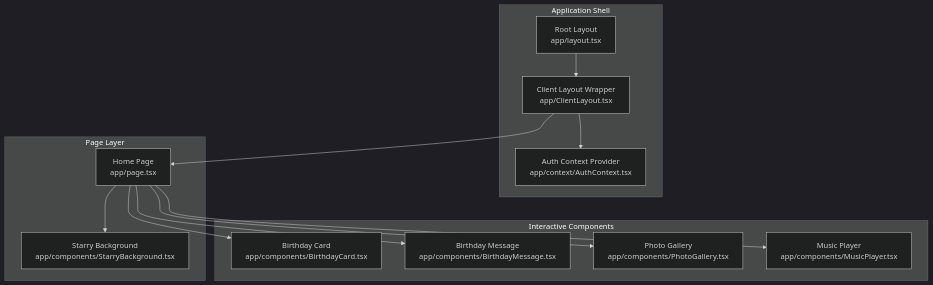
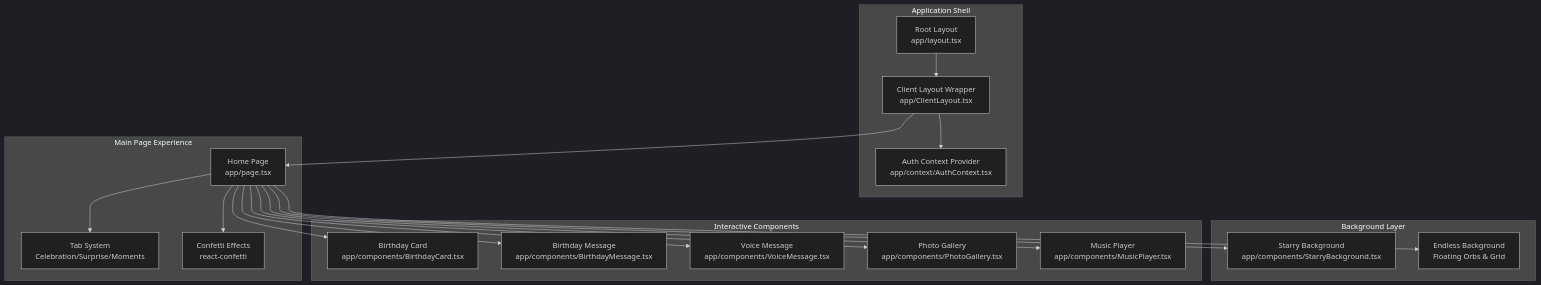
One commit to alifsurya2710/Selamat-Ulang-Tahun changed the first of 9 diagrams in .qoder/repowiki/en/content/Birthday Experience Components.md. Above: the diagram before and after it, drawn with Mermaid (dark theme). The commit also changed other lines of this file and 31 other files, not shown here.

````diff
--- a/.qoder/repowiki/en/content/Birthday Experience Components.md
+++ b/.qoder/repowiki/en/content/Birthday Experience Components.md
@@ -43,26 +57,36 @@
 ```mermaid
 graph TB
 subgraph "Application Shell"
 LAYOUT["Root Layout<br/>app/layout.tsx"]
 CLIENT_LAYOUT["Client Layout Wrapper<br/>app/ClientLayout.tsx"]
 AUTH["Auth Context Provider<br/>app/context/AuthContext.tsx"]
 end
-subgraph "Page Layer"
+subgraph "Main Page Experience"
 PAGE["Home Page<br/>app/page.tsx"]
+TAB["Tab System<br/>Celebration/Surprise/Moments"]
+CONFETTI["Confetti Effects<br/>react-confetti"]
+end
+subgraph "Background Layer"
 STAR_BG["Starry Background<br/>app/components/StarryBackground.tsx"]
+ENDLESS_BG["Endless Background<br/>Floating Orbs & Grid"]
 end
 subgraph "Interactive Components"
 CARD["Birthday Card<br/>app/components/BirthdayCard.tsx"]
 MSG["Birthday Message<br/>app/components/BirthdayMessage.tsx"]
+VOICE["Voice Message<br/>app/components/VoiceMessage.tsx"]
 PHOTO["Photo Gallery<br/>app/components/PhotoGallery.tsx"]
 MUSIC["Music Player<br/>app/components/MusicPlayer.tsx"]
 end
 LAYOUT --> CLIENT_LAYOUT
 CLIENT_LAYOUT --> AUTH
 CLIENT_LAYOUT --> PAGE
+PAGE --> TAB
+PAGE --> CONFETTI
 PAGE --> STAR_BG
+PAGE --> ENDLESS_BG
 PAGE --> CARD
 PAGE --> MSG
+PAGE --> VOICE
 PAGE --> PHOTO
 PAGE --> MUSIC
 ```
````
